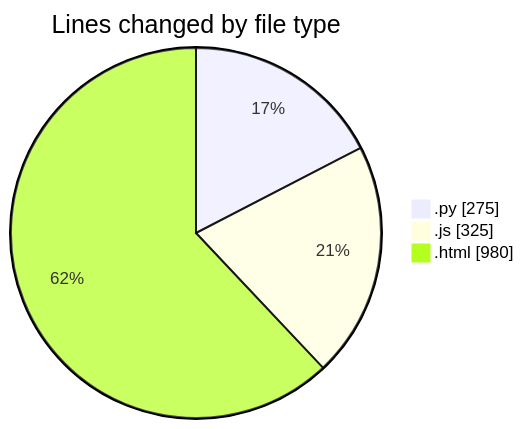
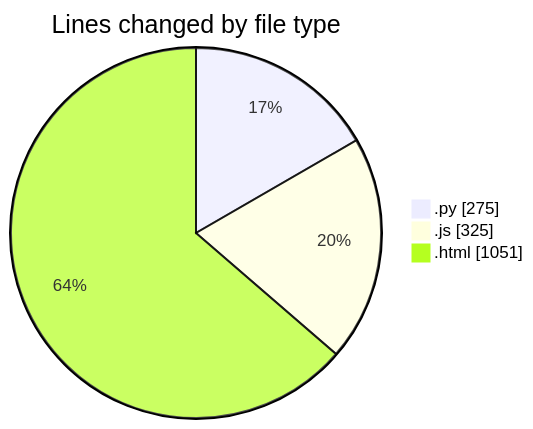
Before and after one commit to shibass792/code-tracking: the first of 2 diagrams in 2026-07-09/twenty_versions_aminor/README.md, drawn with Mermaid. The commit also changed other lines of this file and 1 other file, not shown here.

````diff
--- a/2026-07-09/twenty_versions_aminor/README.md
+++ b/2026-07-09/twenty_versions_aminor/README.md
@@ -22,7 +22,7 @@
 ```mermaid
 pie showData
 title Lines changed by file type
 ".py" : 275
 ".js" : 325
-".html" : 980
+".html" : 1051
 ```
````
